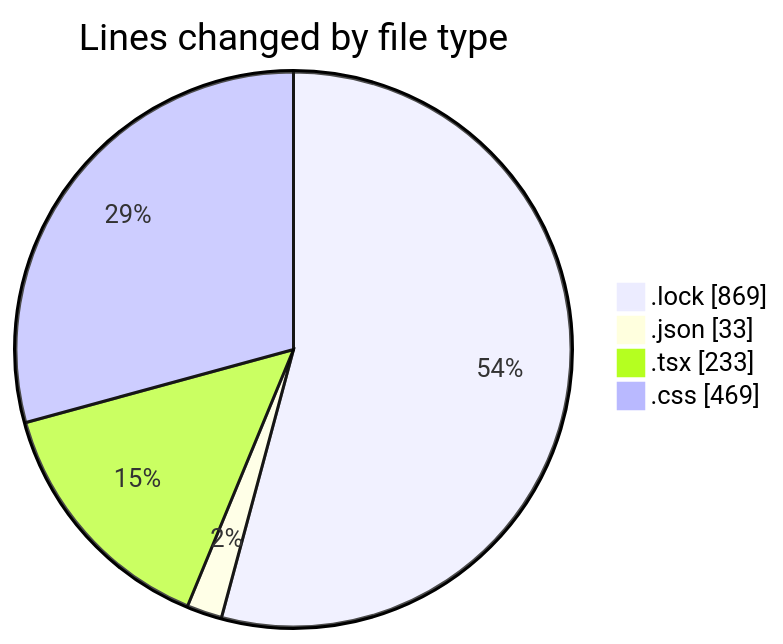
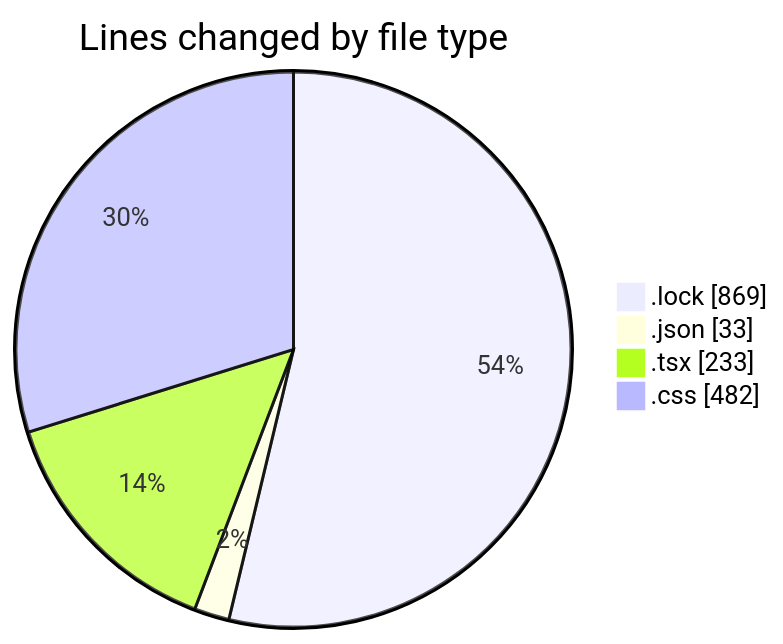
The first of 2 diagrams in 2025-07-27/vtuber/README.md (EIIisD/code-tracking), drawn with Mermaid before and after one commit. The commit also changed other lines of this file and 1 other file, not shown here.

````diff
--- a/2025-07-27/vtuber/README.md
+++ b/2025-07-27/vtuber/README.md
@@ -25,8 +25,8 @@
 ```mermaid
 pie showData
 title Lines changed by file type
 ".lock" : 869
 ".json" : 33
 ".tsx" : 233
-".css" : 469
+".css" : 482
 ```
````
